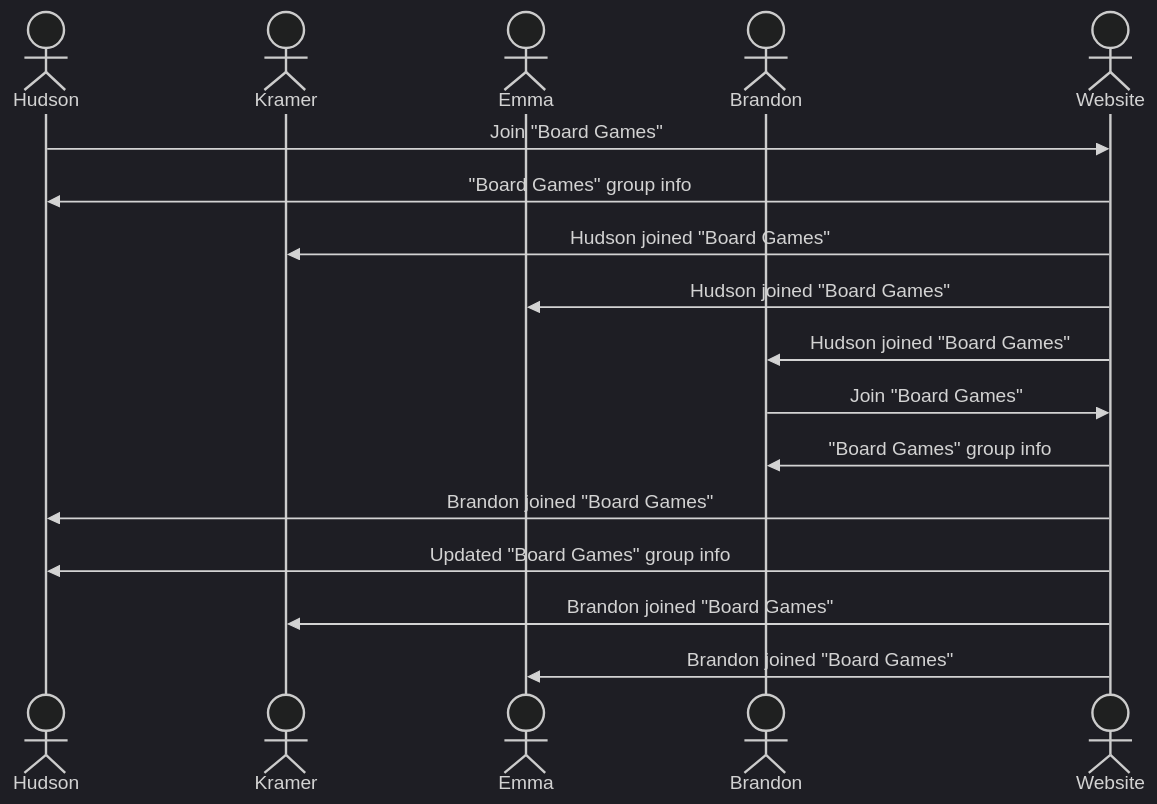
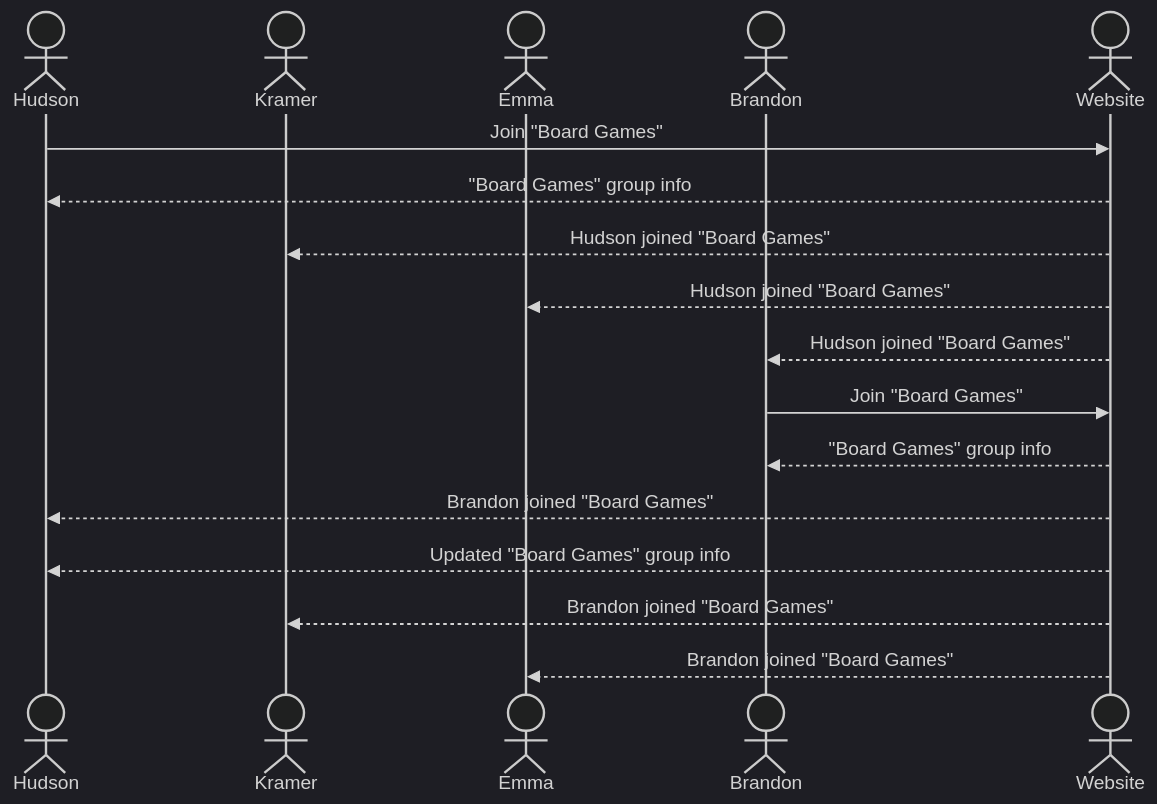
The diagram in README.md (hstohl/startup), drawn with Mermaid (dark theme) before and after one commit.

Commit message:
Fixed Sequence Diagram

````diff
--- a/README.md
+++ b/README.md
@@ -38,20 +38,20 @@
 ```mermaid
 sequenceDiagram
     actor Hudson
     actor Kramer
     actor Emma
     actor Brandon
     actor Website
     Hudson->>Website: Join "Board Games"
-    Website->>Hudson: "Board Games" group info
-    Website->>Kramer: Hudson joined "Board Games"
-    Website->>Emma: Hudson joined "Board Games"
-    Website->>Brandon: Hudson joined "Board Games"
+    Website-->>Hudson: "Board Games" group info
+    Website-->>Kramer: Hudson joined "Board Games"
+    Website-->>Emma: Hudson joined "Board Games"
+    Website-->>Brandon: Hudson joined "Board Games"
     Brandon->>Website: Join "Board Games"
-    Website->>Brandon: "Board Games" group info
-    Website->>Hudson: Brandon joined "Board Games"
-    Website->>Hudson: Updated "Board Games" group info
-    Website->>Kramer: Brandon joined "Board Games"
-    Website->>Emma: Brandon joined "Board Games"
+    Website-->>Brandon: "Board Games" group info
+    Website-->>Hudson: Brandon joined "Board Games"
+    Website-->>Hudson: Updated "Board Games" group info
+    Website-->>Kramer: Brandon joined "Board Games"
+    Website-->>Emma: Brandon joined "Board Games"
 
 ```
````
